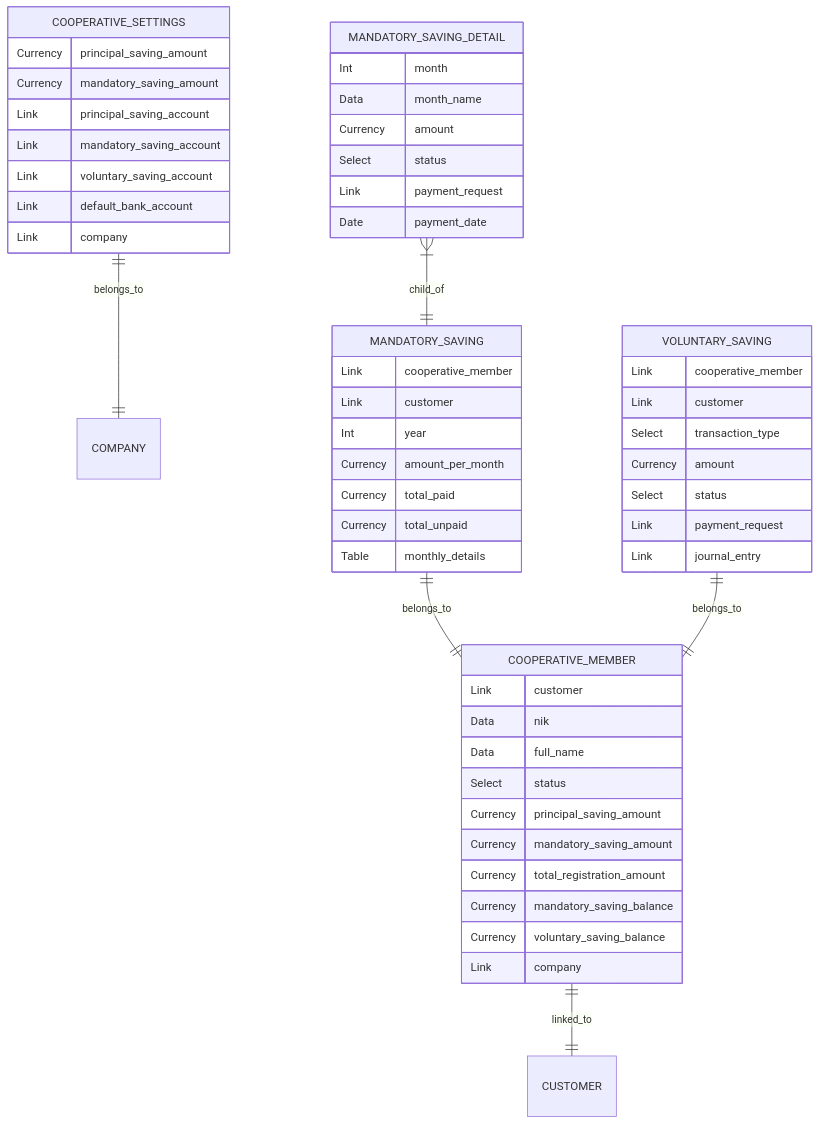
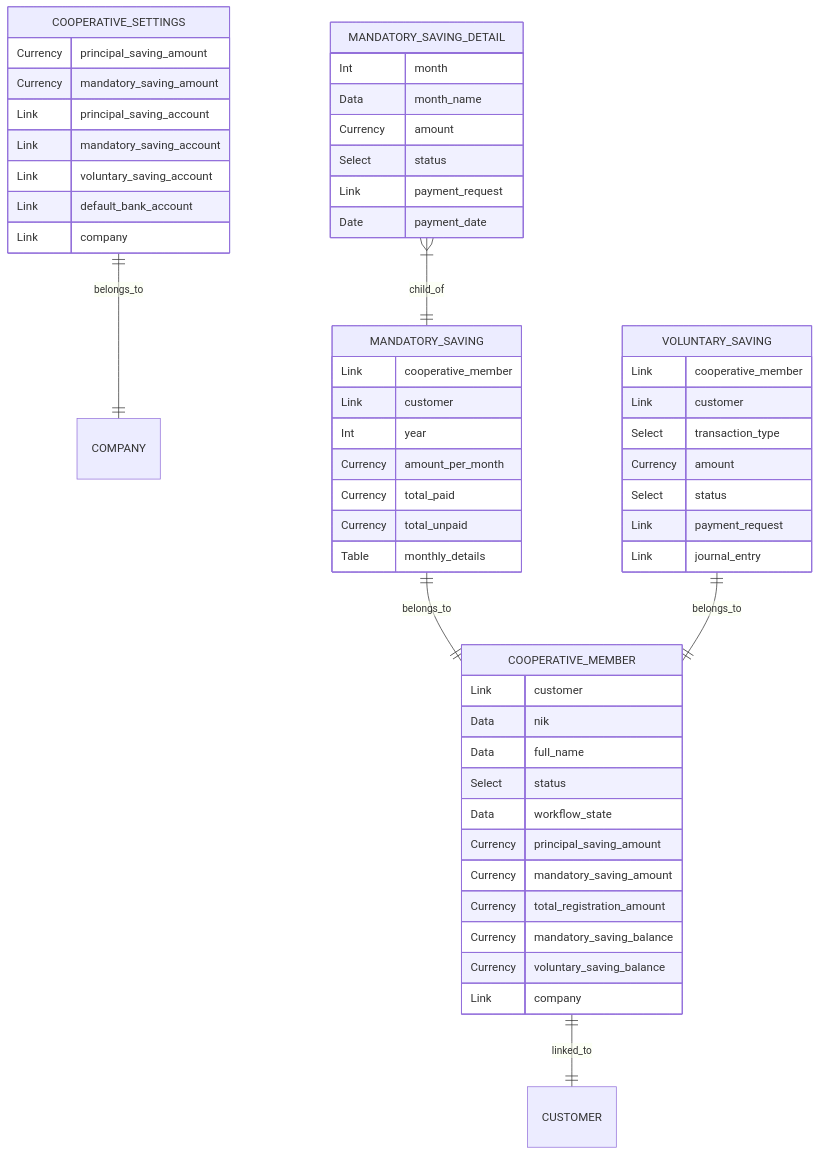
One commit to Irfan234-afif/webshop changed the first of 4 diagrams in docs/SAVING_DOCUMENTATION.md. Above: the diagram before and after it, drawn with Mermaid. The commit also changed other lines of this file and 22 other files, not shown here.

````diff
--- a/docs/SAVING_DOCUMENTATION.md
+++ b/docs/SAVING_DOCUMENTATION.md
@@ -20,59 +24,60 @@
 ```mermaid
 erDiagram
     COOPERATIVE_SETTINGS ||--|| COMPANY : belongs_to
     COOPERATIVE_SETTINGS {
         Currency principal_saving_amount
         Currency mandatory_saving_amount
         Link principal_saving_account
         Link mandatory_saving_account
         Link voluntary_saving_account
         Link default_bank_account
         Link company
     }
 
     COOPERATIVE_MEMBER ||--|| CUSTOMER : linked_to
     COOPERATIVE_MEMBER {
         Link customer
         Data nik
         Data full_name
         Select status
+        Data workflow_state
         Currency principal_saving_amount
         Currency mandatory_saving_amount
         Currency total_registration_amount
         Currency mandatory_saving_balance
         Currency voluntary_saving_balance
         Link company
     }
 
     MANDATORY_SAVING ||--|| COOPERATIVE_MEMBER : belongs_to
     MANDATORY_SAVING {
         Link cooperative_member
         Link customer
         Int year
         Currency amount_per_month
         Currency total_paid
         Currency total_unpaid
         Table monthly_details
     }
 
     MANDATORY_SAVING_DETAIL }|--|| MANDATORY_SAVING : child_of
     MANDATORY_SAVING_DETAIL {
         Int month
         Data month_name
         Currency amount
         Select status
         Link payment_request
         Date payment_date
     }
 
     VOLUNTARY_SAVING ||--|| COOPERATIVE_MEMBER : belongs_to
     VOLUNTARY_SAVING {
         Link cooperative_member
         Link customer
         Select transaction_type
         Currency amount
         Select status
         Link payment_request
         Link journal_entry
     }
 ```
````
